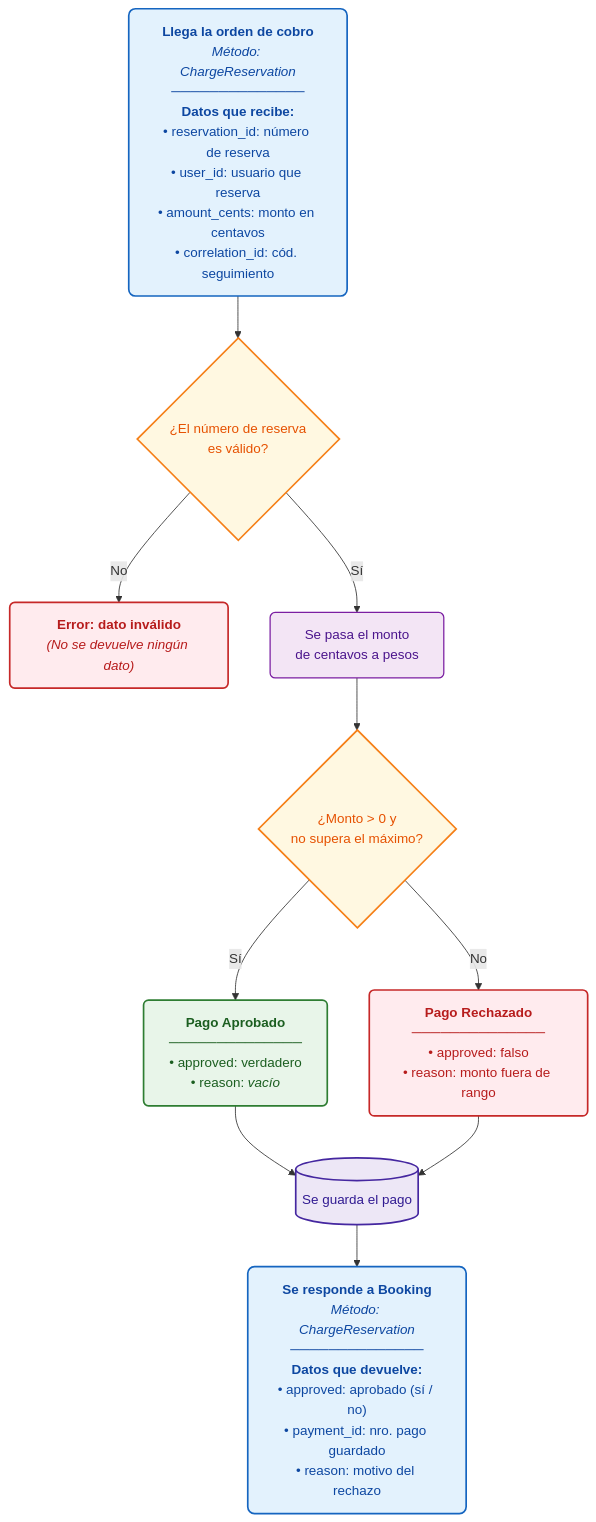
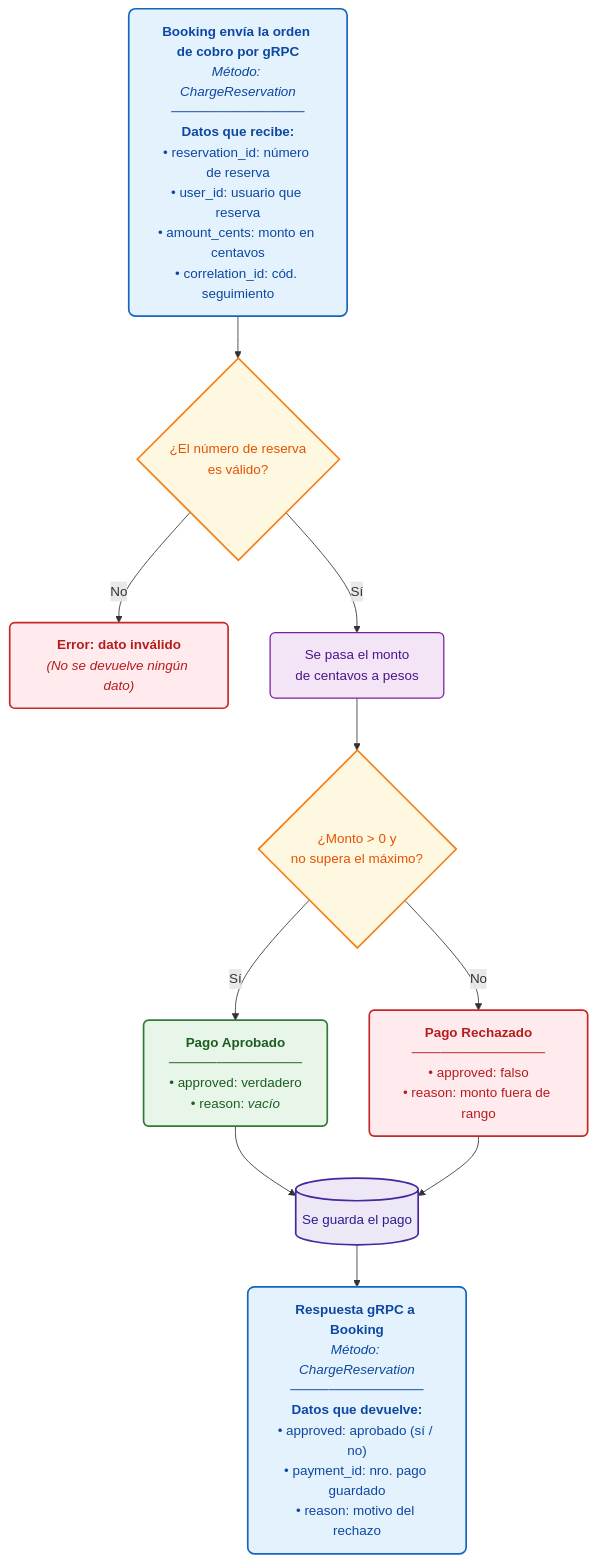
One commit to IgnacioKobylanski/ProgramacionIV-TP-Grupo-I changed the diagram in seat-reservation/docs/arq-payment.md. Above: the diagram before and after it, drawn with Mermaid. The commit also changed other lines of this file and 3 other files, not shown here.

Commit message:
docs: modificación en los diagramas de arquitectura de apis - se modificaron las referencias a los llamados a azure services bus y cambiaron por rabbitmq - modificado archivo de prompts

````diff
--- a/seat-reservation/docs/arq-payment.md
+++ b/seat-reservation/docs/arq-payment.md
@@ -58,28 +60,28 @@
 ```mermaid
 flowchart TB
 
     classDef io fill:#e3f2fd,stroke:#1565c0,stroke-width:2px,color:#0d47a1,rx:8px,ry:8px;
     classDef decision fill:#fff8e1,stroke:#f57f17,stroke-width:2px,color:#e65100;
     classDef process fill:#f3e5f5,stroke:#7b1fa2,stroke-width:1.5px,color:#4a148c,rx:6px,ry:6px;
     classDef db fill:#ede7f6,stroke:#4527a0,stroke-width:2px,color:#311b92;
     classDef success fill:#e8f5e9,stroke:#2e7d32,stroke-width:2px,color:#1b5e20,rx:6px,ry:6px;
     classDef error fill:#ffebee,stroke:#c62828,stroke-width:2px,color:#b71c1c,rx:6px,ry:6px;
 
-    S["<b>Llega la orden de cobro</b><br/><i>Método: ChargeReservation</i><br/>──────────────<br/><b>Datos que recibe:</b><br/>• reservation_id: número de reserva<br/>• user_id: usuario que reserva<br/>• amount_cents: monto en centavos<br/>• correlation_id: cód. seguimiento"]:::io
+    S["<b>Booking envía la orden de cobro por gRPC</b><br/><i>Método: ChargeReservation</i><br/>──────────────<br/><b>Datos que recibe:</b><br/>• reservation_id: número de reserva<br/>• user_id: usuario que reserva<br/>• amount_cents: monto en centavos<br/>• correlation_id: cód. seguimiento"]:::io
 
     S --> V{"¿El número de reserva<br/>es válido?"}:::decision
 
     V -->|"No"| E["<b>Error: dato inválido</b><br/><i>(No se devuelve ningún dato)</i>"]:::error
     
     V -->|"Sí"| M["Se pasa el monto<br/>de centavos a pesos"]:::process
 
     M --> A{"¿Monto > 0 y<br/>no supera el máximo?"}:::decision
 
     A -->|"Sí"| OK["<b>Pago Aprobado</b><br/>──────────────<br/>• approved: verdadero<br/>• reason: <i>vacío</i>"]:::success
     A -->|"No"| NO["<b>Pago Rechazado</b><br/>──────────────<br/>• approved: falso<br/>• reason: monto fuera de rango"]:::error
 
     OK --> G[("Se guarda el pago")]:::db
     NO --> G
 
-    G --> R["<b>Se responde a Booking</b><br/><i>Método: ChargeReservation</i><br/>──────────────<br/><b>Datos que devuelve:</b><br/>• approved: aprobado (sí / no)<br/>• payment_id: nro. pago guardado<br/>• reason: motivo del rechazo"]:::io
+    G --> R["<b>Respuesta gRPC a Booking</b><br/><i>Método: ChargeReservation</i><br/>──────────────<br/><b>Datos que devuelve:</b><br/>• approved: aprobado (sí / no)<br/>• payment_id: nro. pago guardado<br/>• reason: motivo del rechazo"]:::io
 ```
````
